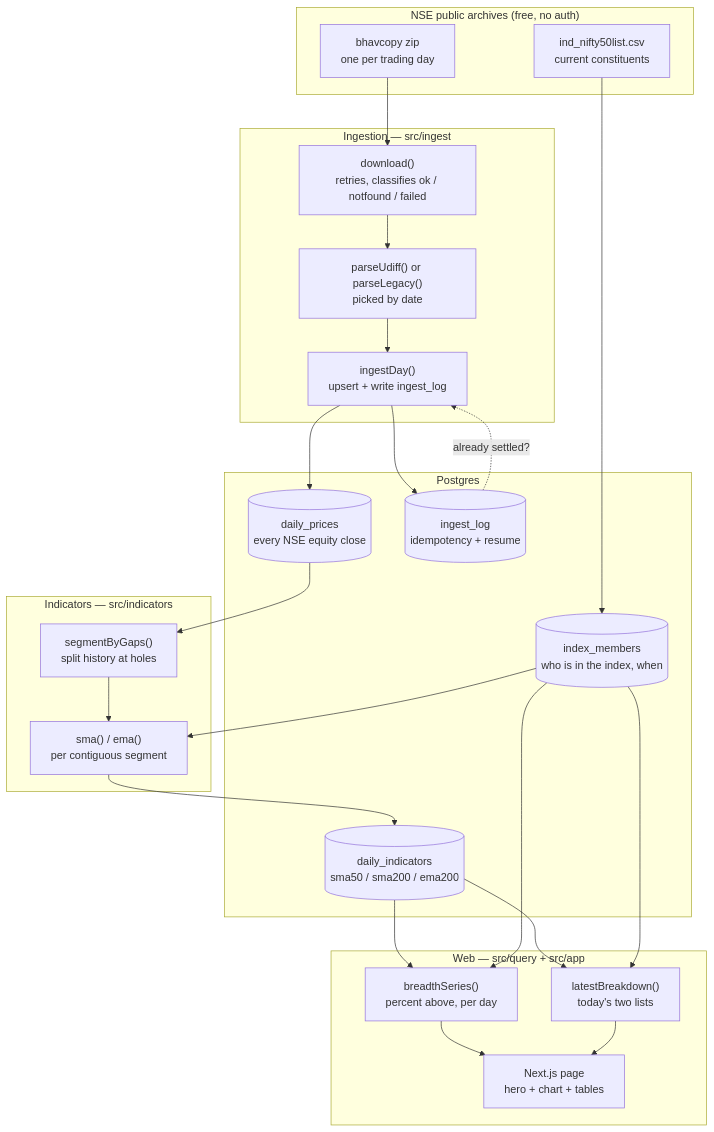
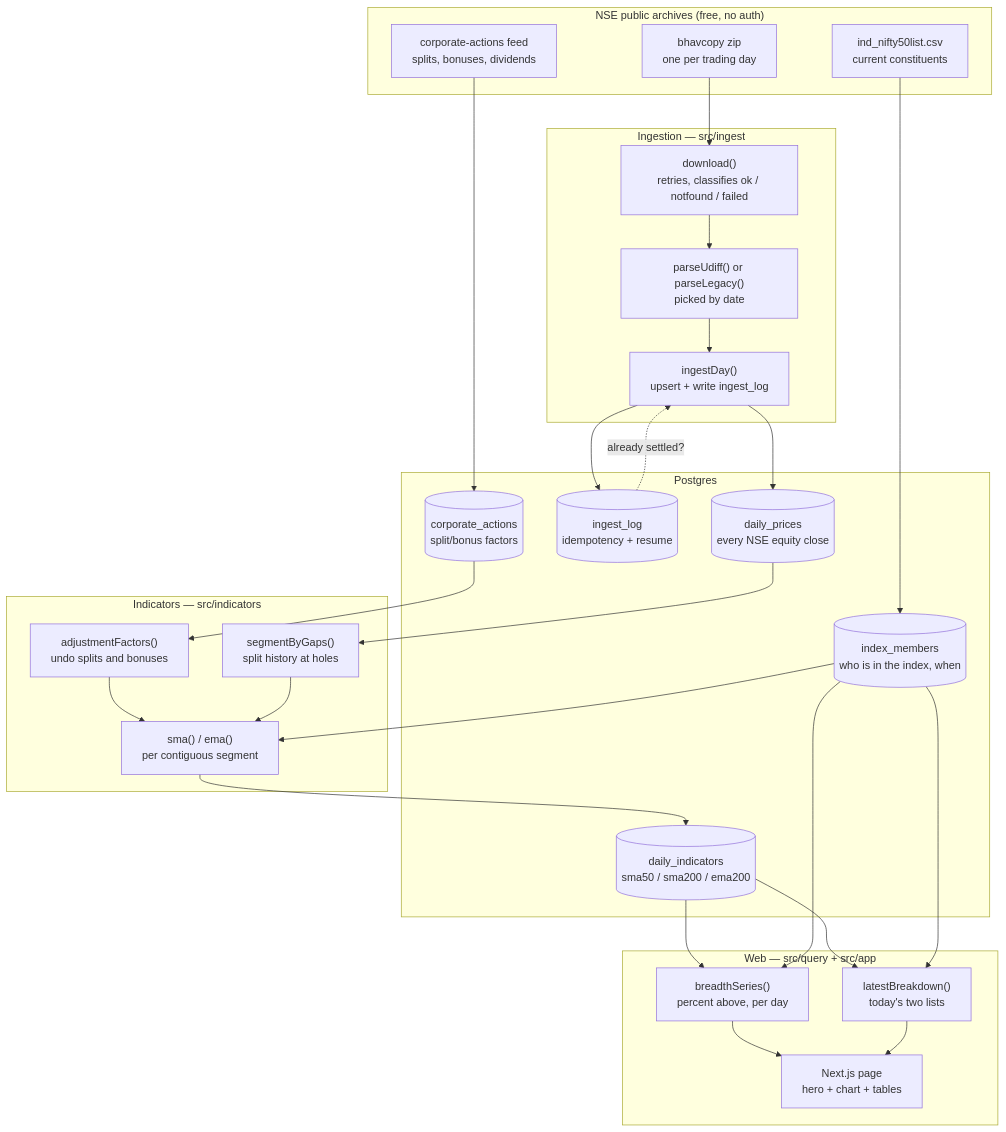
The first of 3 diagrams in README.md (abhinav2525/TradeSence), drawn with Mermaid before and after one commit. The commit also changed other lines of this file and 17 other files, not shown here.

First line of the commit message:
Adjust moving averages for splits and bonuses

````diff
--- a/README.md
+++ b/README.md
@@ -22,42 +22,46 @@
 ```mermaid
 flowchart TB
     subgraph SRC["NSE public archives (free, no auth)"]
         A1["bhavcopy zip<br/>one per trading day"]
         A2["ind_nifty50list.csv<br/>current constituents"]
+        A3["corporate-actions feed<br/>splits, bonuses, dividends"]
     end
 
     subgraph ING["Ingestion — src/ingest"]
         B1["download()<br/>retries, classifies ok / notfound / failed"]
         B2["parseUdiff() or parseLegacy()<br/>picked by date"]
         B3["ingestDay()<br/>upsert + write ingest_log"]
     end
 
     subgraph DB["Postgres"]
         C1[("daily_prices<br/>every NSE equity close")]
         C2[("index_members<br/>who is in the index, when")]
         C3[("ingest_log<br/>idempotency + resume")]
         C4[("daily_indicators<br/>sma50 / sma200 / ema200")]
+        C5[("corporate_actions<br/>split/bonus factors")]
     end
 
     subgraph CALC["Indicators — src/indicators"]
         D1["segmentByGaps()<br/>split history at holes"]
+        D3["adjustmentFactors()<br/>undo splits and bonuses"]
         D2["sma() / ema()<br/>per contiguous segment"]
     end
 
     subgraph WEB["Web — src/query + src/app"]
         E1["breadthSeries()<br/>percent above, per day"]
         E2["latestBreakdown()<br/>today's two lists"]
         E3["Next.js page<br/>hero + chart + tables"]
     end
 
     A1 --> B1 --> B2 --> B3 --> C1
     A2 --> C2
     B3 --> C3
     C3 -.->|"already settled?"| B3
+    A3 --> C5 --> D3 --> D2
     C1 --> D1 --> D2 --> C4
     C2 --> D2
     C4 --> E1 --> E3
     C4 --> E2 --> E3
     C2 --> E1
     C2 --> E2
 ```
````
